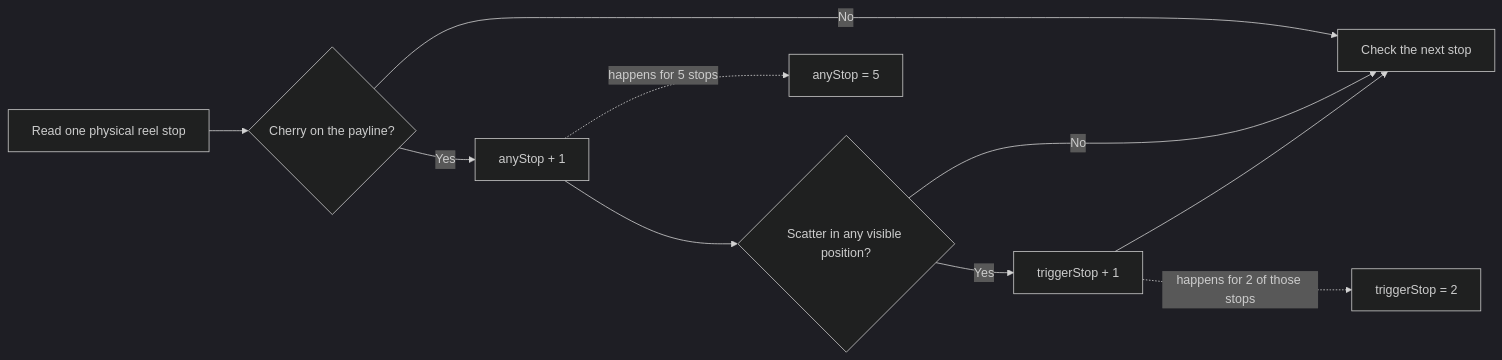
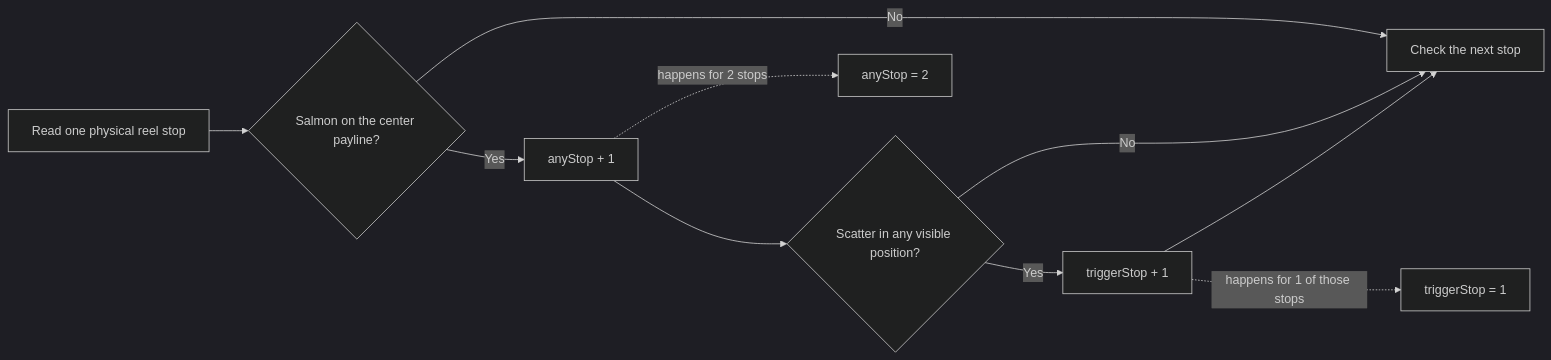
The diagram in docs/articles/05-weighted-enumeration.md (mmpworks/MMP.SlotDemo), drawn with Mermaid (dark theme) before and after one commit. The commit also changed other lines of this file and 1 other file, not shown here.

Commit message:
Use real Orca symbols in count diagram

````diff
--- a/docs/articles/05-weighted-enumeration.md
+++ b/docs/articles/05-weighted-enumeration.md
@@ -106,13 +108,13 @@
 ```mermaid
 flowchart LR
-    STOP["Read one physical reel stop"] --> CHERRY{"Cherry on the payline?"}
-    CHERRY -->|No| NEXT["Check the next stop"]
-    CHERRY -->|Yes| ANY["anyStop + 1"]
+    STOP["Read one physical reel stop"] --> SALMON{"Salmon on the center payline?"}
+    SALMON -->|No| NEXT["Check the next stop"]
+    SALMON -->|Yes| ANY["anyStop + 1"]
     ANY --> SCATTER{"Scatter in any visible position?"}
     SCATTER -->|No| NEXT
     SCATTER -->|Yes| TRIGGER["triggerStop + 1"]
     TRIGGER --> NEXT
 
-    ANY -. "happens for 5 stops" .-> ANY_TOTAL["anyStop = 5"]
-    TRIGGER -. "happens for 2 of those stops" .-> TRIGGER_TOTAL["triggerStop = 2"]
+    ANY -. "happens for 2 stops" .-> ANY_TOTAL["anyStop = 2"]
+    TRIGGER -. "happens for 1 of those stops" .-> TRIGGER_TOTAL["triggerStop = 1"]
 ```
````
